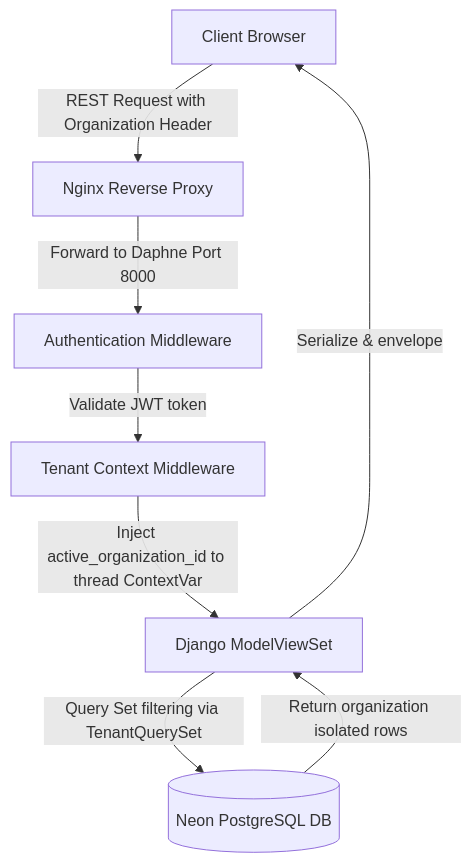
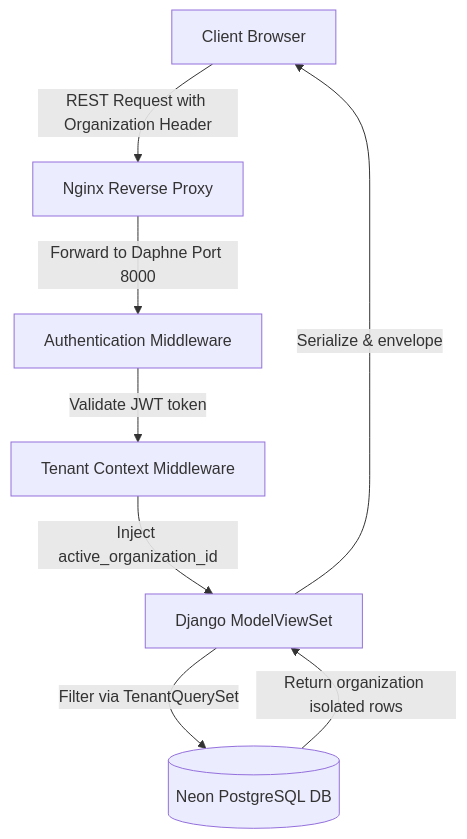
Before and after one commit to KandhalShakil/Invoicely: the first of 2 diagrams in README.md, drawn with Mermaid. The commit also changed other lines of this file, not shown here.

````diff
--- a/README.md
+++ b/README.md
@@ -120,10 +81,10 @@
 ```mermaid
 graph TD
     Client[Client Browser] -->|REST Request with Organization Header| Gateway[Nginx Reverse Proxy]
     Gateway -->|Forward to Daphne Port 8000| AuthMiddleware[Authentication Middleware]
     AuthMiddleware -->|Validate JWT token| TenantMiddleware[Tenant Context Middleware]
-    TenantMiddleware -->|Inject active_organization_id to thread ContextVar| ViewSet[Django ModelViewSet]
-    ViewSet -->|Query Set filtering via TenantQuerySet| DB[(Neon PostgreSQL DB)]
+    TenantMiddleware -->|Inject active_organization_id| ViewSet[Django ModelViewSet]
+    ViewSet -->|Filter via TenantQuerySet| DB[(Neon PostgreSQL DB)]
     DB -->|Return organization isolated rows| ViewSet
     ViewSet -->|Serialize & envelope| Client
 ```
````
